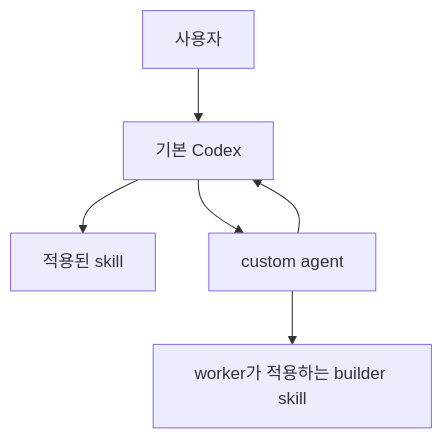
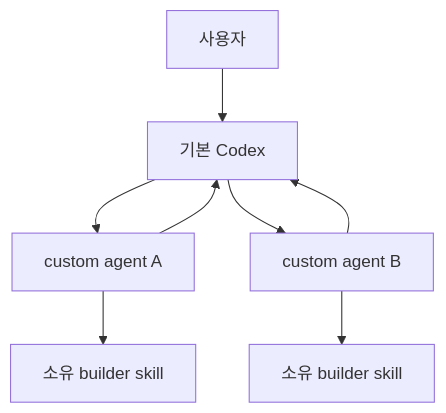
The first of 2 diagrams in docs/orchestration-agent-relationship-flow.md (kimjoongwon/prj-core), drawn with Mermaid before and after one commit. The commit also changed other lines of this file and 49 other files, not shown here.

````diff
--- a/docs/orchestration-agent-relationship-flow.md
+++ b/docs/orchestration-agent-relationship-flow.md
@@ -9,8 +9,10 @@
 ```mermaid
 flowchart TD
   U["사용자"] --> R["기본 Codex"]
-  R --> S["적용된 skill"]
-  R --> A["custom agent"]
-  A --> K["worker가 적용하는 builder skill"]
-  A --> R
+  R --> A1["custom agent A"]
+  R --> A2["custom agent B"]
+  A1 --> K1["소유 builder skill"]
+  A2 --> K2["소유 builder skill"]
+  A1 --> R
+  A2 --> R
 ```
````
